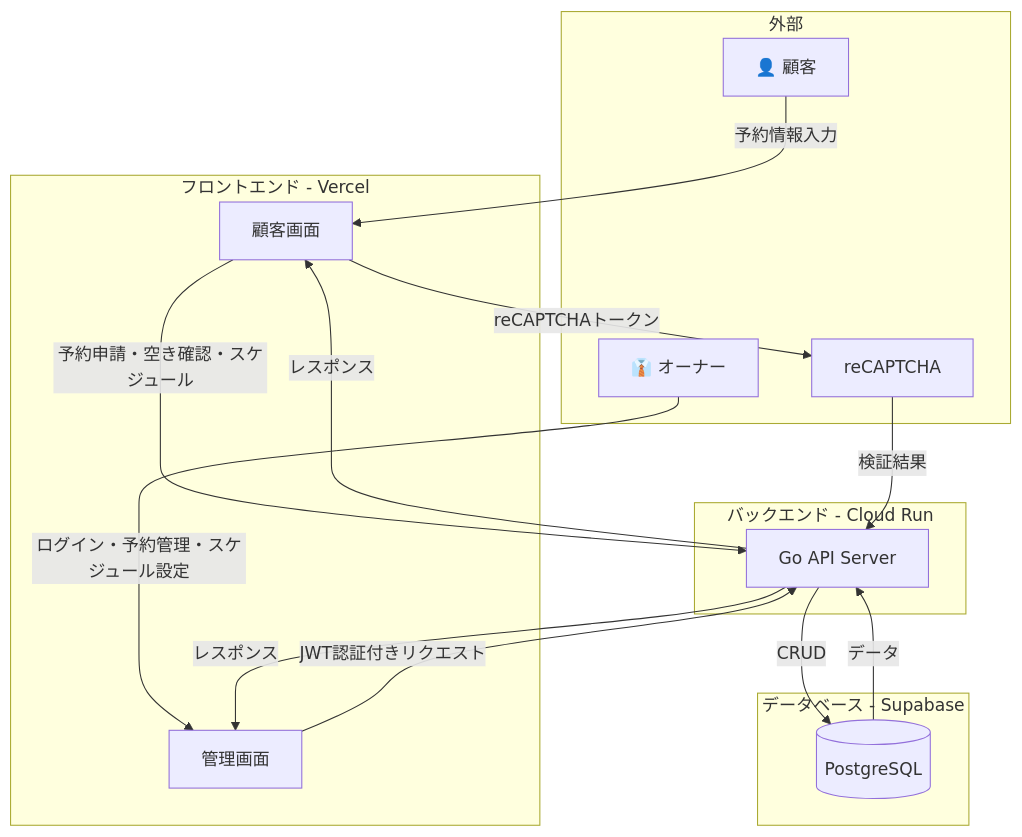
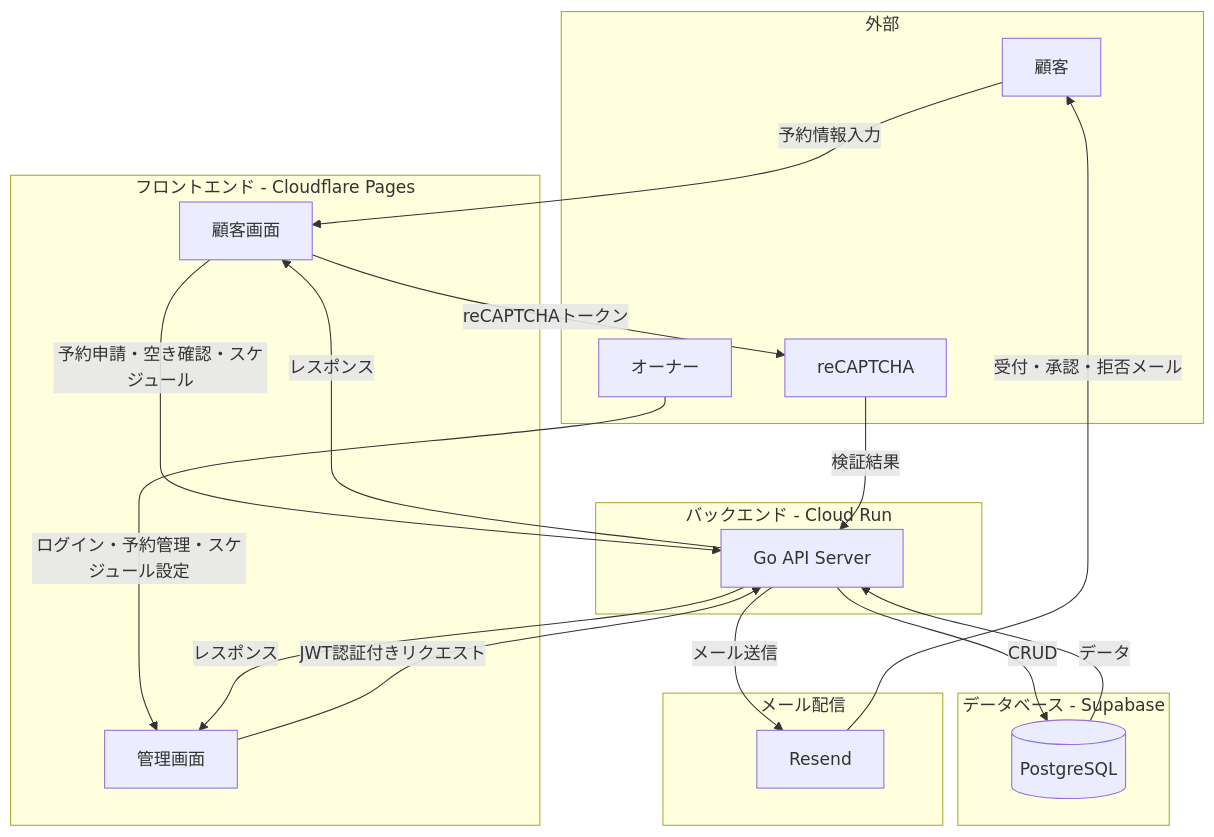
The first of 9 diagrams in docs/data_flow.md (cergijame101007/satehits), drawn with Mermaid before and after one commit. The commit also changed other lines of this file and 43 other files, not shown here.

````diff
--- a/docs/data_flow.md
+++ b/docs/data_flow.md
@@ -5,34 +5,40 @@
 ```mermaid
 flowchart TB
     subgraph External[外部]
-        Customer[👤 顧客]
-        Owner[👔 オーナー]
+        Customer[顧客]
+        Owner[オーナー]
         ReCaptcha[reCAPTCHA]
     end
 
-    subgraph Frontend[フロントエンド - Vercel]
+    subgraph Frontend[フロントエンド - Cloudflare Pages]
         CustomerUI[顧客画面]
         AdminUI[管理画面]
     end
 
     subgraph Backend[バックエンド - Cloud Run]
         API[Go API Server]
     end
 
     subgraph Database[データベース - Supabase]
         DB[(PostgreSQL)]
+    end
+
+    subgraph Mail[メール配信]
+        Resend[Resend]
     end
 
     Customer -->|予約情報入力| CustomerUI
     CustomerUI -->|reCAPTCHAトークン| ReCaptcha
     ReCaptcha -->|検証結果| API
     CustomerUI -->|予約申請・空き確認・スケジュール| API
 
     Owner -->|ログイン・予約管理・スケジュール設定| AdminUI
     AdminUI -->|JWT認証付きリクエスト| API
 
     API -->|CRUD| DB
     DB -->|データ| API
     API -->|レスポンス| CustomerUI
     API -->|レスポンス| AdminUI
+    API -->|メール送信| Resend
+    Resend -->|受付・承認・拒否メール| Customer
 ```
````
